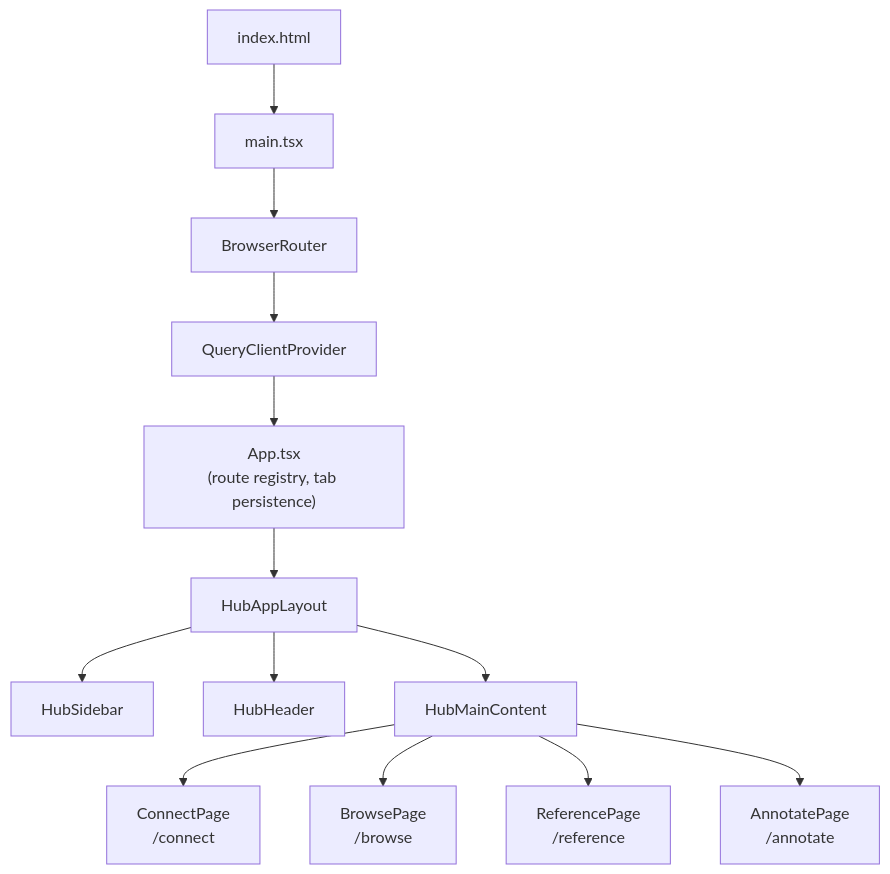
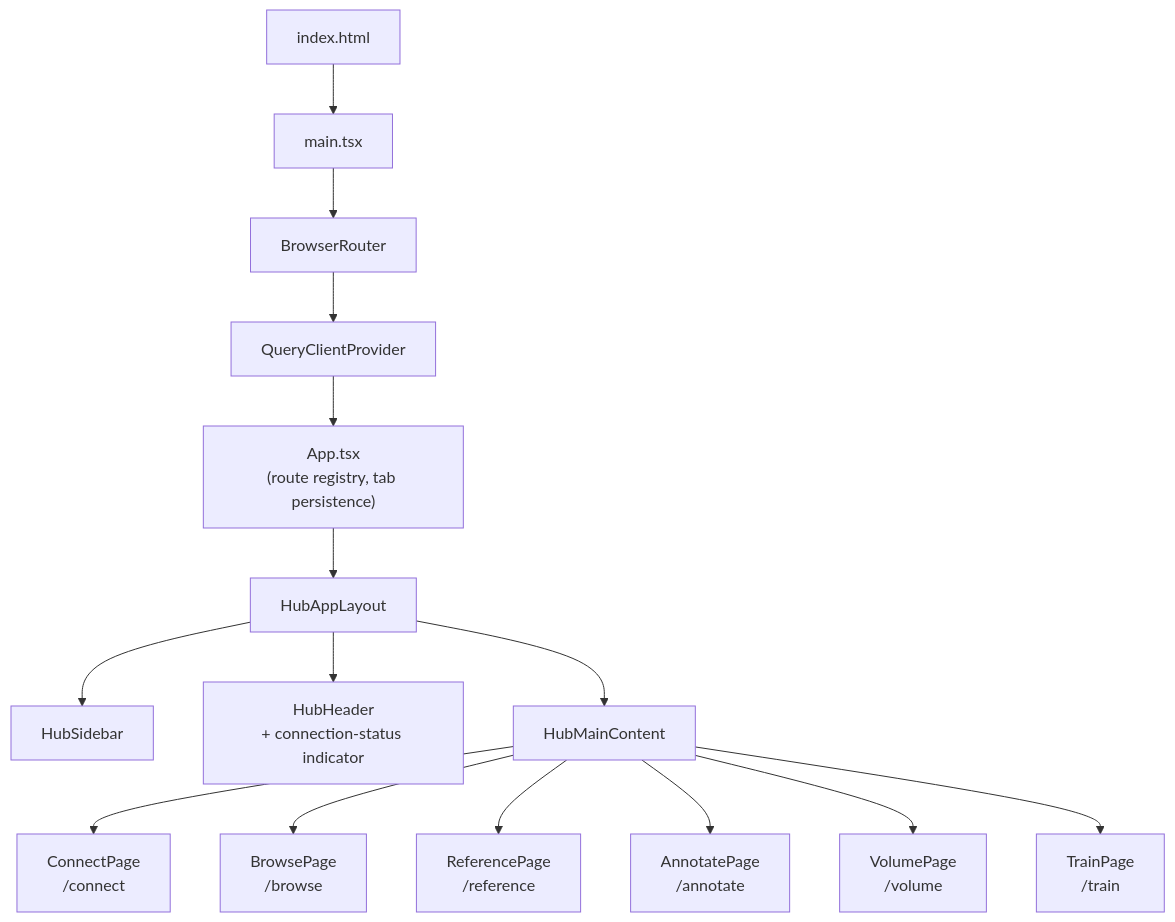
Before and after one commit to mlexchange/Segmentation_Annotation_Studio: the fifth of 13 diagrams in docs/reference/architecture.md, drawn with Mermaid. The commit also changed other lines of this file and 7 other files, not shown here.

````diff
--- a/docs/reference/architecture.md
+++ b/docs/reference/architecture.md
@@ -128,17 +191,19 @@
 ```mermaid
 graph TB
   HTML["index.html"] --> MAIN["main.tsx"]
   MAIN --> BR["BrowserRouter"]
   BR --> QCP["QueryClientProvider"]
   QCP --> APP["App.tsx<br/>(route registry, tab persistence)"]
 
   APP --> HUB["HubAppLayout"]
   HUB --> SIDEBAR["HubSidebar"]
-  HUB --> HEADER["HubHeader"]
+  HUB --> HEADER["HubHeader<br/>+ connection-status indicator"]
   HUB --> MAINC["HubMainContent"]
 
   MAINC --> CONNECT["ConnectPage<br/>/connect"]
   MAINC --> BROWSE["BrowsePage<br/>/browse"]
   MAINC --> REF["ReferencePage<br/>/reference"]
   MAINC --> ANNOT["AnnotatePage<br/>/annotate"]
+  MAINC --> VOL["VolumePage<br/>/volume"]
+  MAINC --> TRAIN["TrainPage<br/>/train"]
 ```
````
